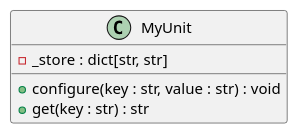
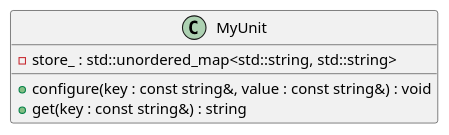
Before and after one commit to eclipse-score/tooling: the diagram in bazel/rules/rules_score/examples/minimal/docs/class_design.puml, drawn with PlantUML. The commit also changed 31 other files, not shown here.

```diff
--- a/bazel/rules/rules_score/examples/minimal/docs/class_design.puml
+++ b/bazel/rules/rules_score/examples/minimal/docs/class_design.puml
@@ -14,11 +14,11 @@
 @startuml
 
 ' Class diagram for MyUnit — internal design of the key-value store unit.
 
 class MyUnit {
-    - _store : dict[str, str]
-    + configure(key : str, value : str) : void
-    + get(key : str) : str
+    - store_ : std::unordered_map<std::string, std::string>
+    + configure(key : const string&, value : const string&) : void
+    + get(key : const string&) : string
 }
 
 @enduml
```
